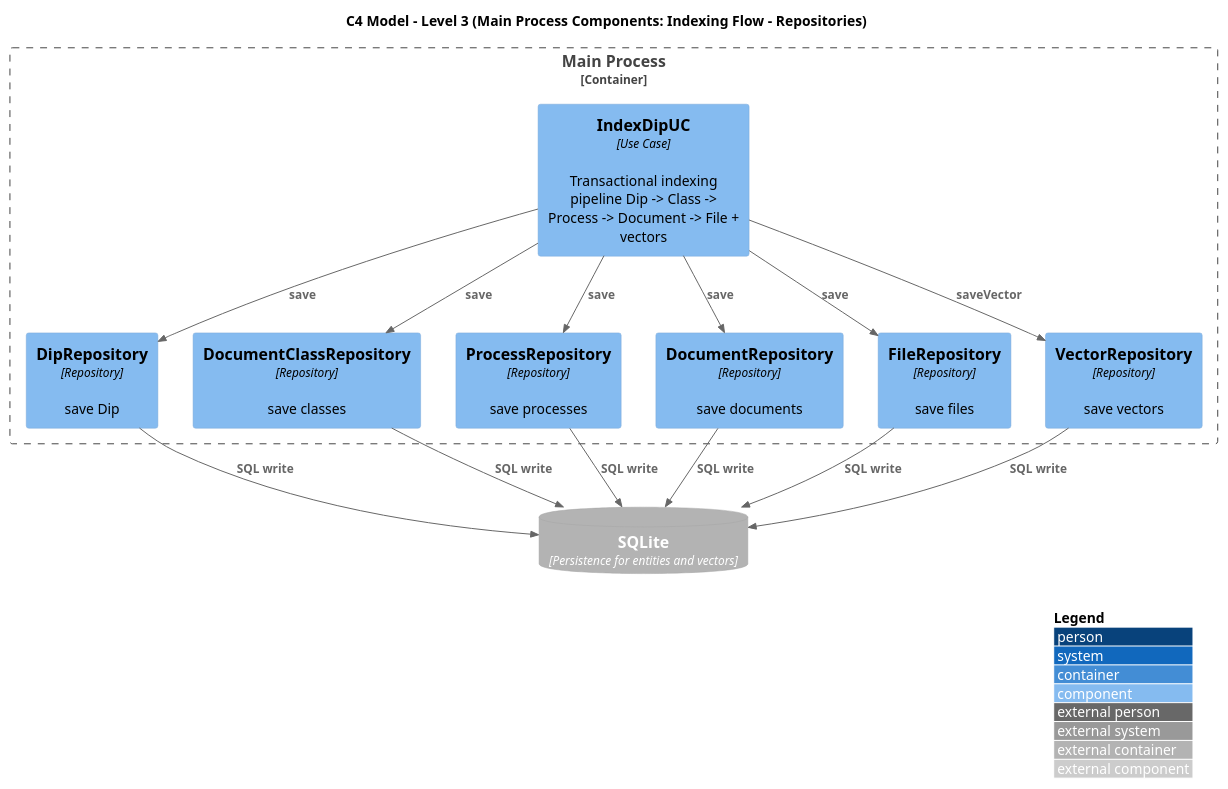
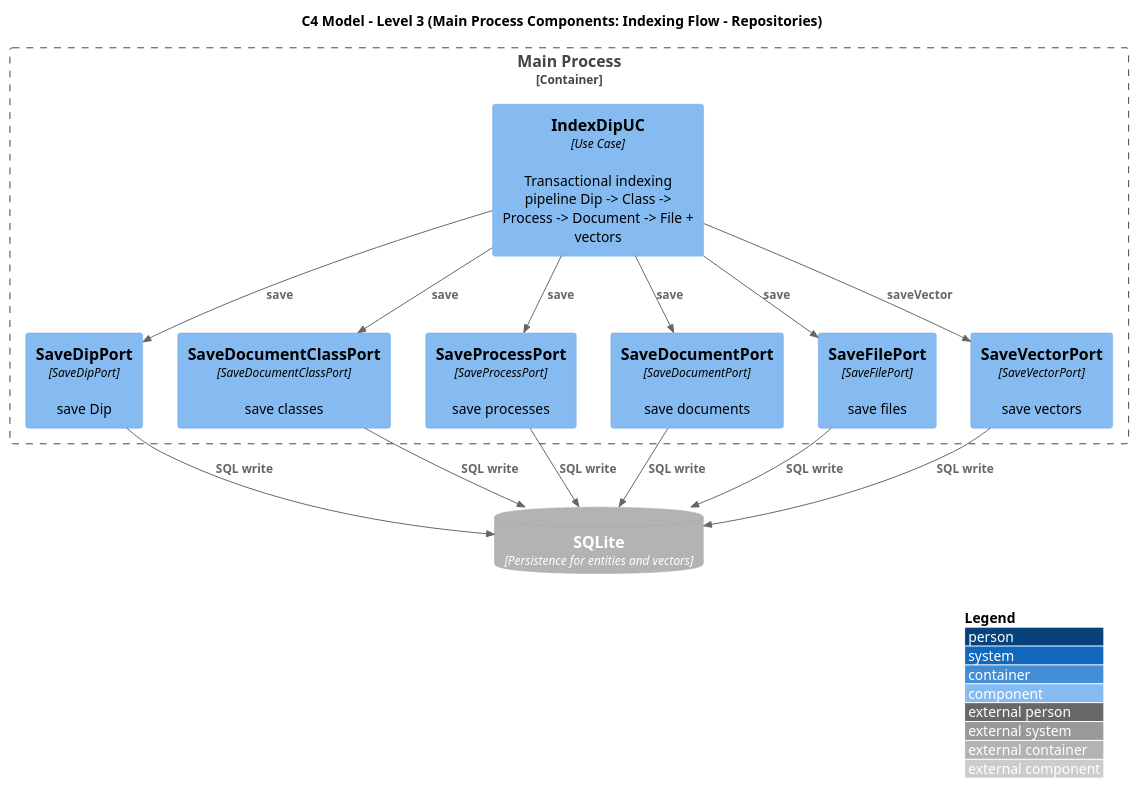
Before and after one commit to 7-ZPUs/Docs: the diagram in 3_PB/DocumentiEsterni/DiagrammiSpecificaTecnica/generated_/architecture/c1-c3/C3-main-indexing-flow-repos.puml, drawn with PlantUML. The commit also changed 6 other files, not shown here.

```diff
--- a/3_PB/DocumentiEsterni/DiagrammiSpecificaTecnica/generated_/architecture/c1-c3/C3-main-indexing-flow-repos.puml
+++ b/3_PB/DocumentiEsterni/DiagrammiSpecificaTecnica/generated_/architecture/c1-c3/C3-main-indexing-flow-repos.puml
@@ -1,35 +1,35 @@
 @startuml C3_Main_Indexing_Flow_Repos
 !includeurl https://raw.githubusercontent.com/plantuml-stdlib/C4-PlantUML/master/C4_Component.puml
 
 title C4 Model - Level 3 (Main Process Components: Indexing Flow - Repositories)
 
 LAYOUT_WITH_LEGEND()
 
 Container_Boundary(main_container, "Main Process") {
   Component(index_dip, "IndexDipUC", "Use Case", "Transactional indexing pipeline Dip -> Class -> Process -> Document -> File + vectors")
 
-  Component(dip_repo, "DipRepository", "Repository", "save Dip")
-  Component(class_repo, "DocumentClassRepository", "Repository", "save classes")
-  Component(process_repo, "ProcessRepository", "Repository", "save processes")
-  Component(doc_repo, "DocumentRepository", "Repository", "save documents")
-  Component(file_repo, "FileRepository", "Repository", "save files")
-  Component(vector_repo, "VectorRepository", "Repository", "save vectors")
+  Component(dip_repo, "SaveDipPort", "SaveDipPort", "save Dip")
+  Component(class_repo, "SaveDocumentClassPort", "SaveDocumentClassPort", "save classes")
+  Component(process_repo, "SaveProcessPort", "SaveProcessPort", "save processes")
+  Component(doc_repo, "SaveDocumentPort", "SaveDocumentPort", "save documents")
+  Component(file_repo, "SaveFilePort", "SaveFilePort", "save files")
+  Component(vector_repo, "SaveVectorPort", "SaveVectorPort", "save vectors")
 }
 
 ContainerDb_Ext(sqlite, "SQLite", "Persistence for entities and vectors")
 
 Rel(index_dip, dip_repo, "save")
 Rel(index_dip, class_repo, "save")
 Rel(index_dip, process_repo, "save")
 Rel(index_dip, doc_repo, "save")
 Rel(index_dip, file_repo, "save")
 Rel(index_dip, vector_repo, "saveVector")
 
 Rel(dip_repo, sqlite, "SQL write")
 Rel(class_repo, sqlite, "SQL write")
 Rel(process_repo, sqlite, "SQL write")
 Rel(doc_repo, sqlite, "SQL write")
 Rel(file_repo, sqlite, "SQL write")
 Rel(vector_repo, sqlite, "SQL write")
 
 @enduml
```
